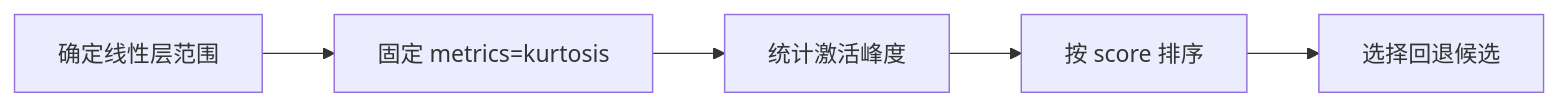
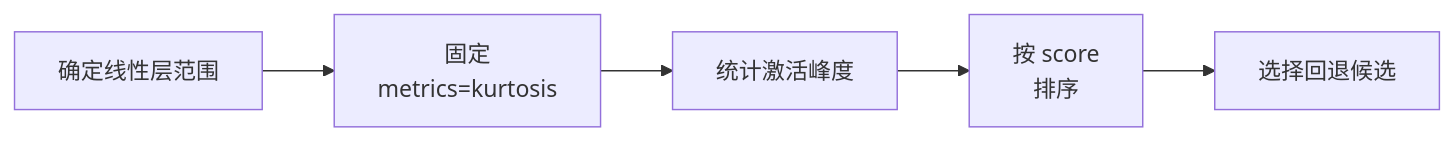
One commit to mindstudio-docs/master changed the diagram in msmodelslim/docs/zh/knowledge_base/quantization_algorithms/kurtosis/usage_kurtosis.md. Above: the diagram before and after it, drawn with Mermaid. The commit also changed other lines of this file and 235 other files, not shown here.

````diff
--- a/msmodelslim/docs/zh/knowledge_base/quantization_algorithms/kurtosis/usage_kurtosis.md
+++ b/msmodelslim/docs/zh/knowledge_base/quantization_algorithms/kurtosis/usage_kurtosis.md
@@ -23,7 +29,7 @@
 ```mermaid
 flowchart LR
-    A[确定线性层范围] --> B[固定 metrics=kurtosis]
-    B[固定 metrics=kurtosis] --> C[统计激活峰度]
-    C[统计激活峰度] --> D[按 score 排序]
-    D[按 score 排序] --> E[选择回退候选]
+    A[确定线性层范围] --> B[固定<br/>metrics=kurtosis]
+    B --> C[统计激活峰度]
+    C --> D[按 score<br/>排序]
+    D --> E[选择回退候选]
 ```
````
